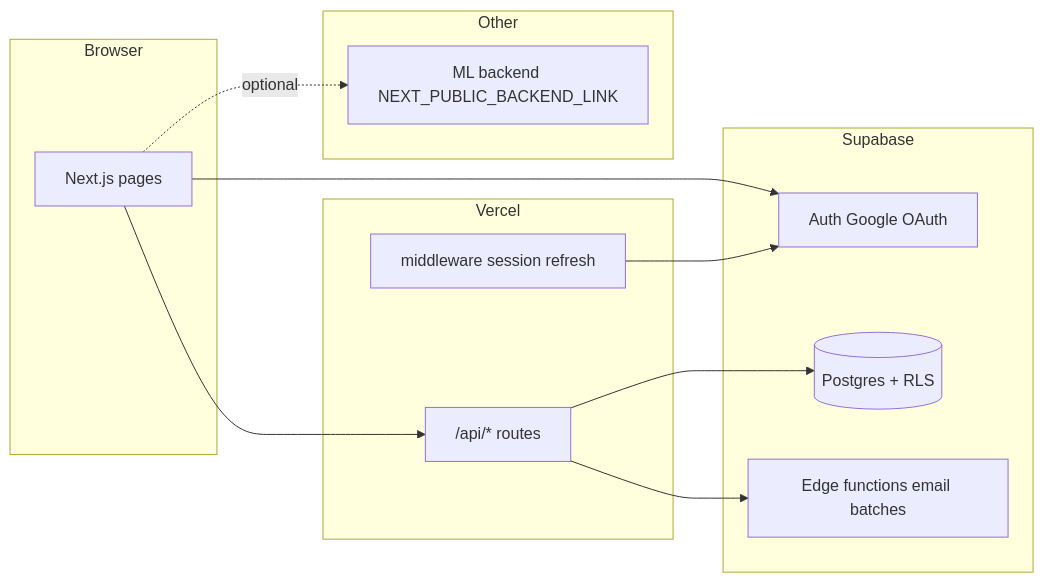
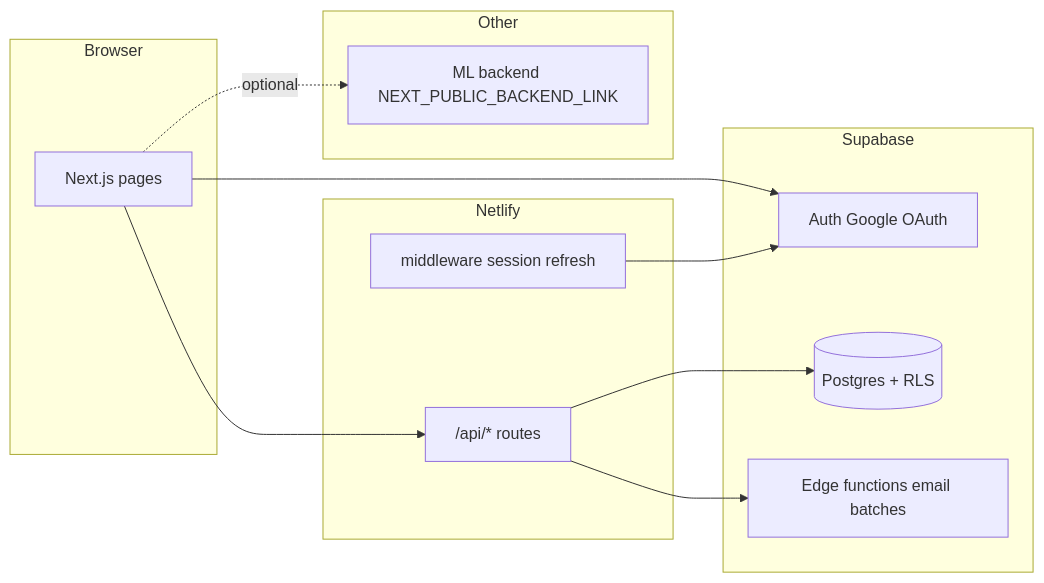
The diagram in documentation/PLATFORM_OVERVIEW.md (p-ickup/frontend), drawn with Mermaid before and after one commit. The commit also changed other lines of this file and 2 other files, not shown here.

Commit message:
netlify not vercel

````diff
--- a/documentation/PLATFORM_OVERVIEW.md
+++ b/documentation/PLATFORM_OVERVIEW.md
@@ -7,24 +7,24 @@
 ```mermaid
 flowchart LR
   subgraph browser [Browser]
     UI[Next.js pages]
   end
-  subgraph vercel [Vercel]
+  subgraph netlify [Netlify]
     API["/api/* routes"]
     MW[middleware session refresh]
   end
   subgraph supabase [Supabase]
     Auth[Auth Google OAuth]
     DB[(Postgres + RLS)]
     Edge[Edge functions email batches]
   end
   subgraph other [Other]
     ML["ML backend NEXT_PUBLIC_BACKEND_LINK"]
   end
   UI --> API
   UI --> Auth
   API --> DB
   API --> Edge
   MW --> Auth
   UI -. optional .-> ML
 ```
````
